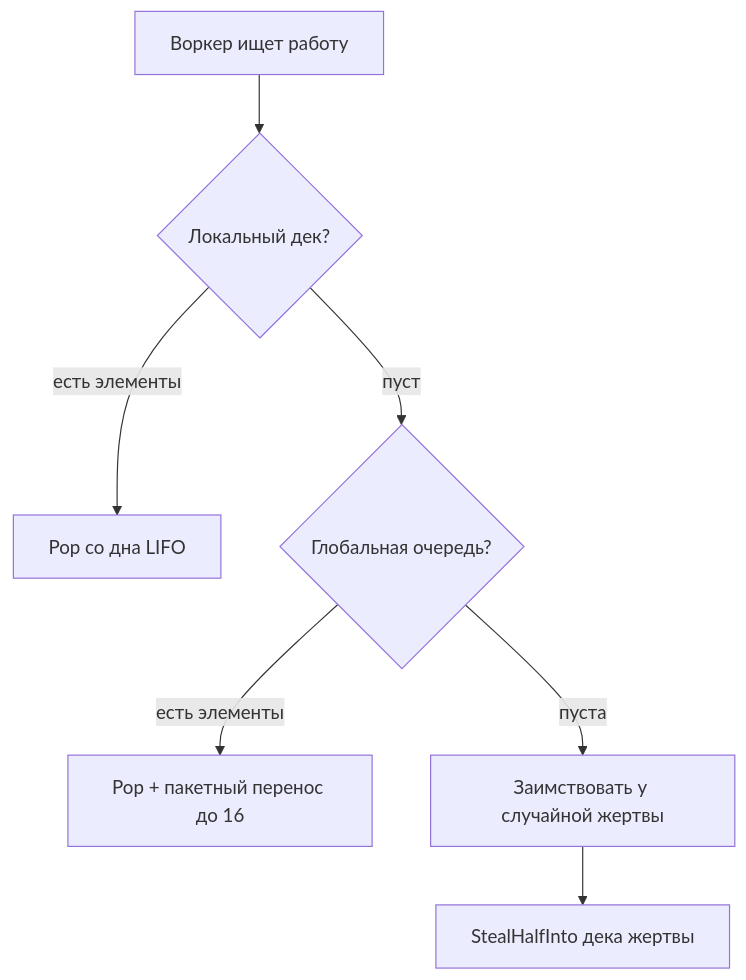
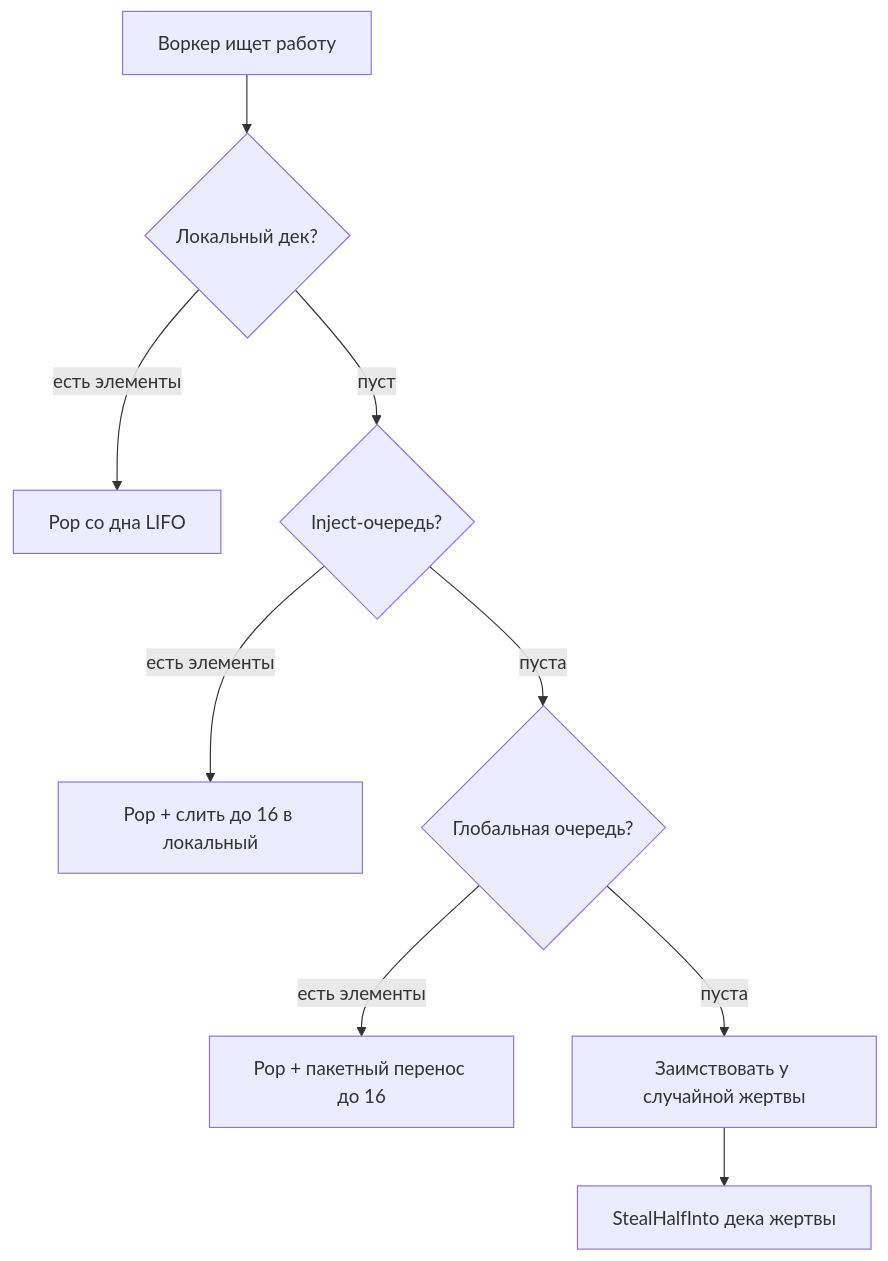
The first of 2 diagrams in ru/internals/scheduler.md (wippyai/docs), drawn with Mermaid before and after one commit. The commit also changed other lines of this file and 1108 other files, not shown here.

````diff
--- a/ru/internals/scheduler.md
+++ b/ru/internals/scheduler.md
@@ -47,9 +47,11 @@
 ```mermaid
 flowchart TD
     W[Воркер ищет работу] --> L{Локальный дек?}
     L -->|есть элементы| LP[Pop со дна LIFO]
-    L -->|пуст| G{Глобальная очередь?}
+    L -->|пуст| I{Inject-очередь?}
+    I -->|есть элементы| IP[Pop + слить до 16 в локальный]
+    I -->|пуста| G{Глобальная очередь?}
     G -->|есть элементы| GP[Pop + пакетный перенос до 16]
     G -->|пуста| S[Заимствовать у случайной жертвы]
     S --> SH[StealHalfInto дека жертвы]
 ```
````
